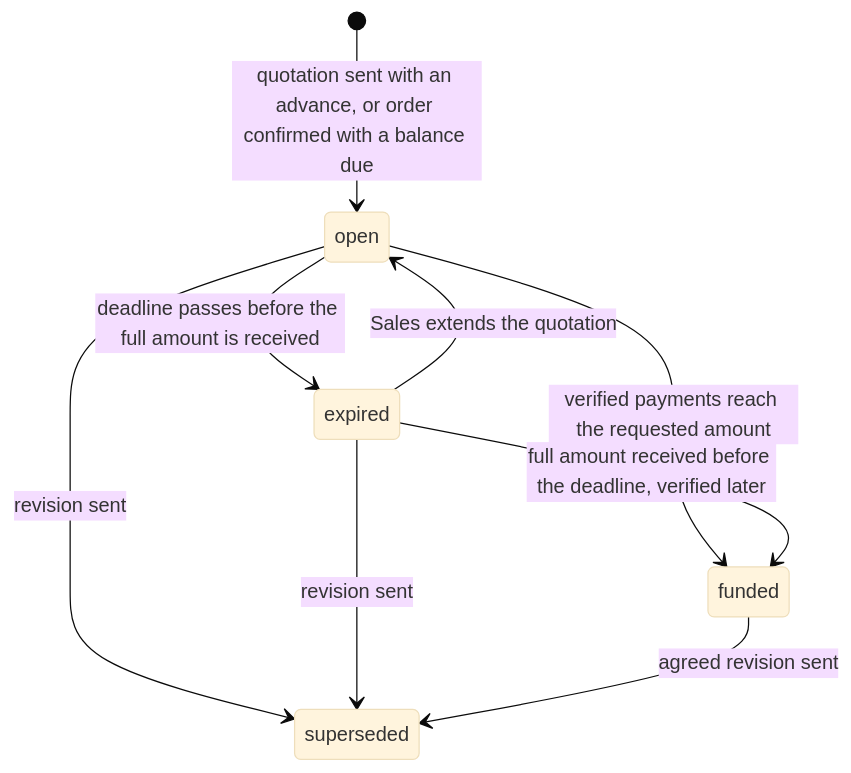
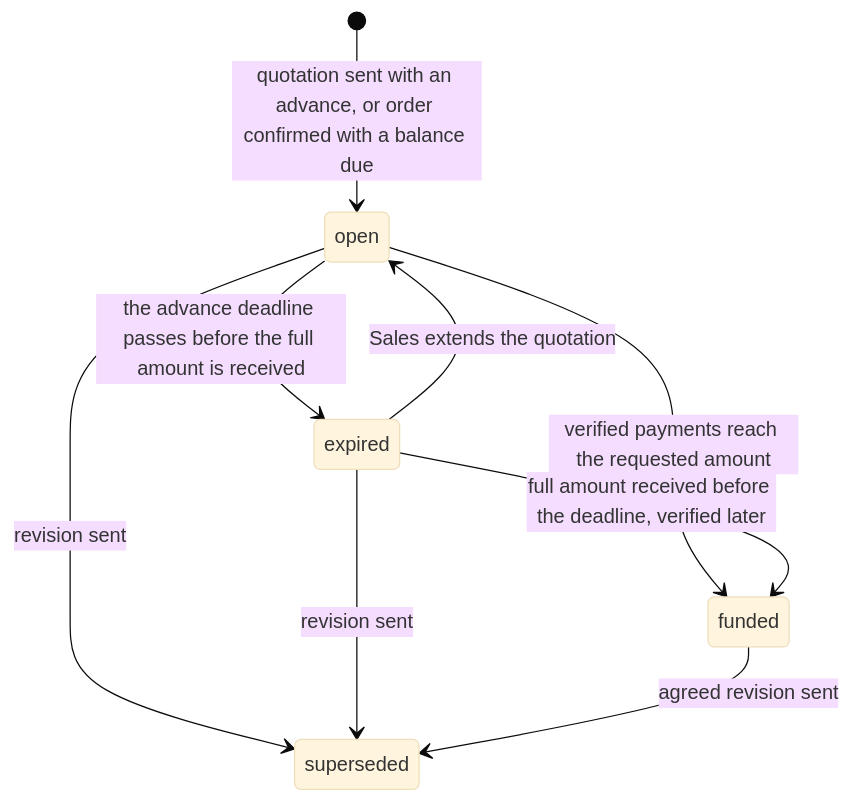
The diagram in docs/specs/payment-requests.md (SoltuneMontepre/medilab), drawn with Mermaid (base theme) before and after one commit. The commit also changed other lines of this file and 75 other files, not shown here.

````diff
--- a/docs/specs/payment-requests.md
+++ b/docs/specs/payment-requests.md
@@ -52,11 +52,11 @@
 ```mermaid
 stateDiagram-v2
     [*] --> open: quotation sent with an advance, or order confirmed with a balance due
     open --> funded: verified payments reach the requested amount
-    open --> expired: deadline passes before the full amount is received
+    open --> expired: the advance deadline passes before the full amount is received
     open --> superseded: revision sent
     expired --> open: Sales extends the quotation
     expired --> funded: full amount received before the deadline, verified later
     expired --> superseded: revision sent
     funded --> superseded: agreed revision sent
 ```
````
